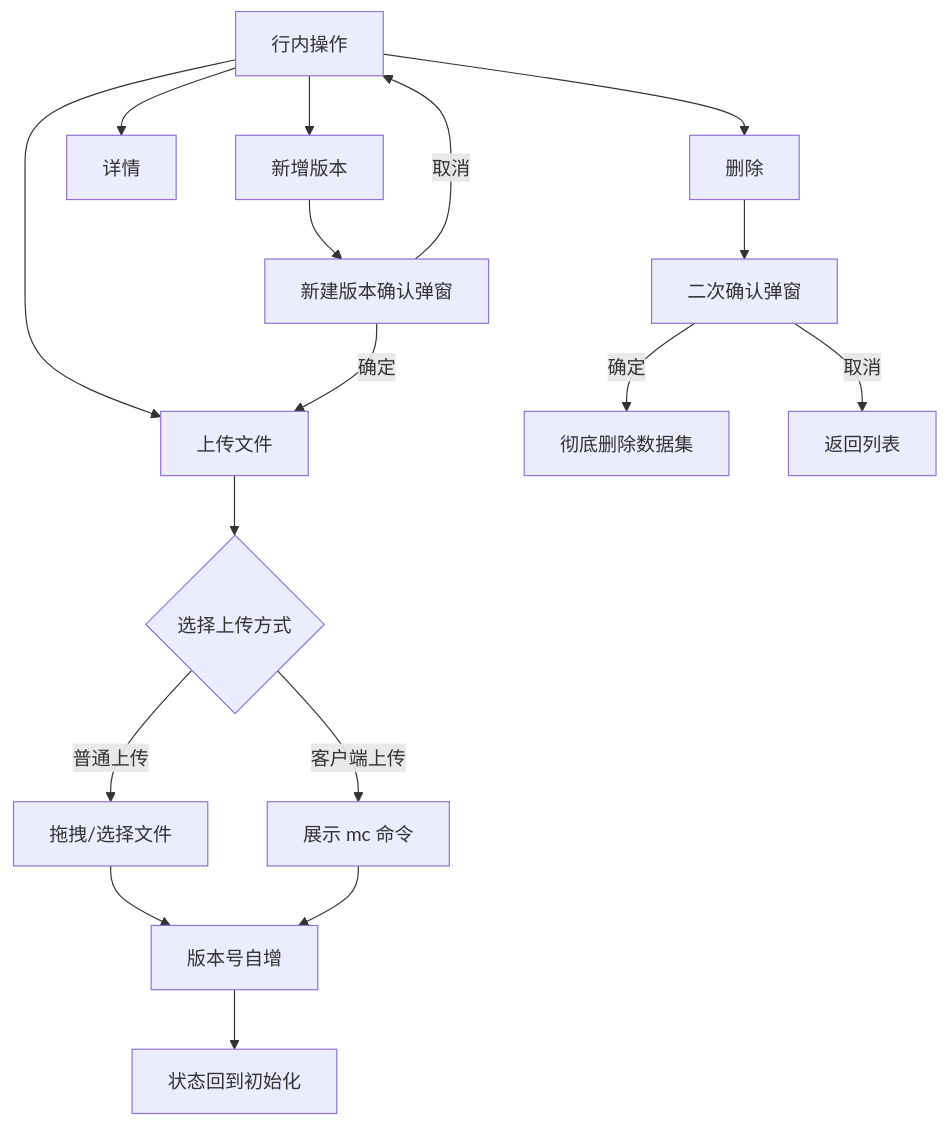
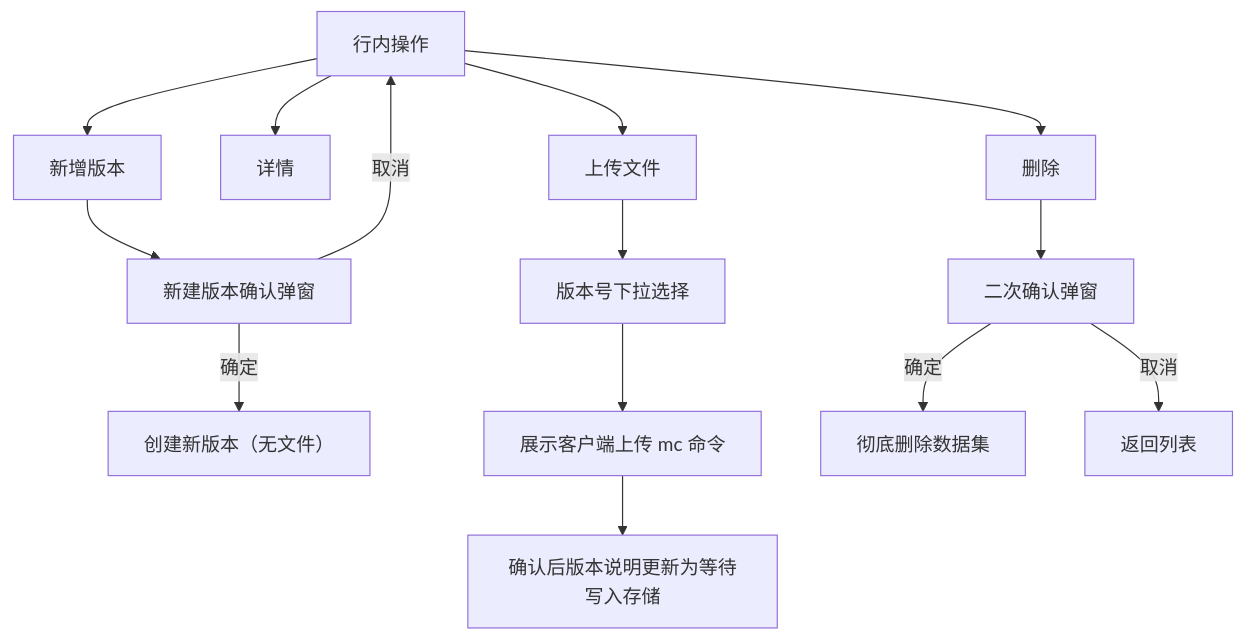
Before and after one commit to MeehanCole/prototype-platform: the third of 3 diagrams in src/pages/算力加速平台/数据管理/数据集管理/prd.md, drawn with Mermaid. The commit also changed other lines of this file and 10 other files, not shown here.

````diff
--- a/src/pages/算力加速平台/数据管理/数据集管理/prd.md
+++ b/src/pages/算力加速平台/数据管理/数据集管理/prd.md
@@ -274,19 +267,16 @@
 ```mermaid
 flowchart TD
   A[行内操作] --> B[新增版本]
   A --> C[详情]
   A --> U[上传文件]
   A --> D[删除]
   B --> B1[新建版本确认弹窗]
-  B1 -- 确定 --> U
+  B1 -- 确定 --> B2[创建新版本（无文件）]
   B1 -- 取消 --> A
-  U --> U1{选择上传方式}
-  U1 -- 普通上传 --> U2[拖拽/选择文件]
-  U1 -- 客户端上传 --> U3[展示 mc 命令]
-  U2 --> V[版本号自增]
-  U3 --> V
-  V --> F[状态回到初始化]
+  U --> U1[版本号下拉选择]
+  U1 --> U2[展示客户端上传 mc 命令]
+  U2 --> V[确认后版本说明更新为等待写入存储]
   D --> G[二次确认弹窗]
   G -- 确定 --> H[彻底删除数据集]
   G -- 取消 --> I[返回列表]
 ```
````
